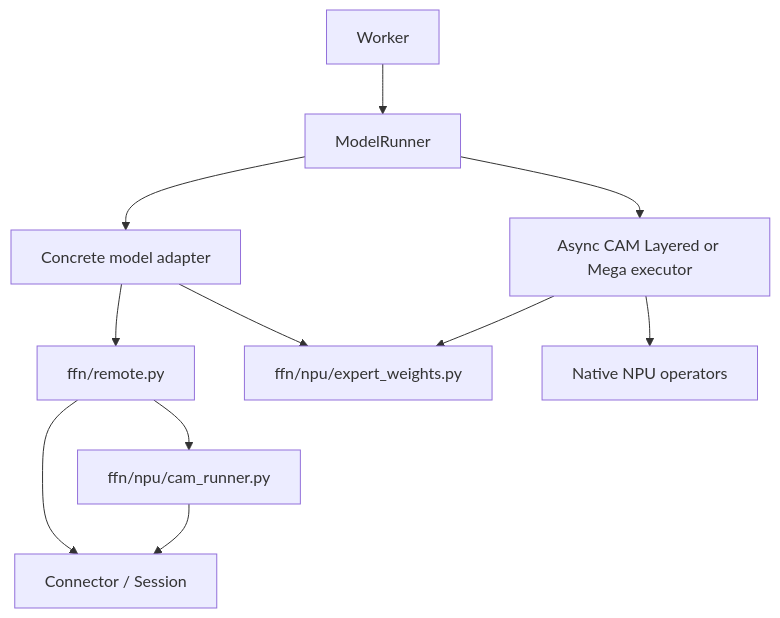
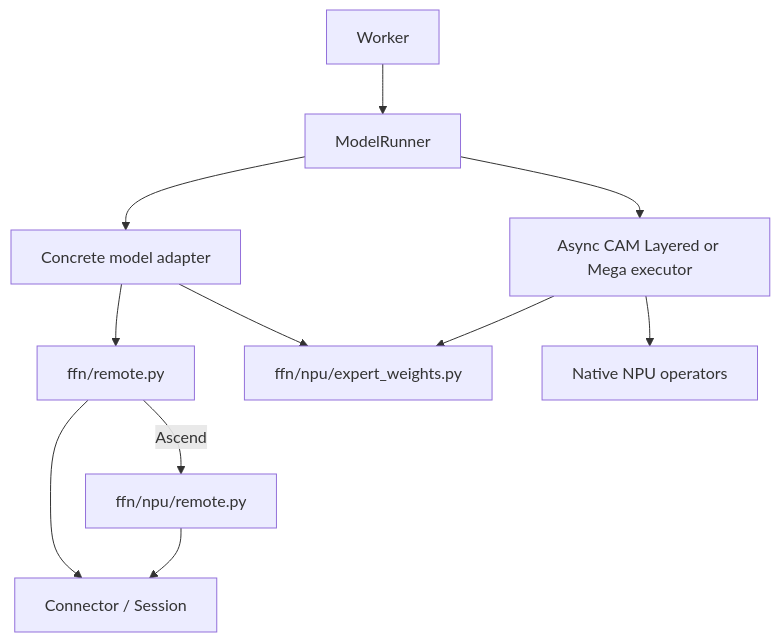
Before and after one commit to vllm-project/afd-plugin: the first of 2 diagrams in docs/design/module/model_integration.md, drawn with Mermaid. The commit also changed other lines of this file and 14 other files, not shown here.

````diff
--- a/docs/design/module/model_integration.md
+++ b/docs/design/module/model_integration.md
@@ -84,13 +85,13 @@
 ```mermaid
 flowchart TD
     Worker[Worker] --> Runner[ModelRunner]
     Runner --> Model[Concrete model adapter]
     Model --> Remote[ffn/remote.py]
     Remote --> Connector[Connector / Session]
-    Remote --> CAM[ffn/npu/cam_runner.py]
+    Remote -->|Ascend| CAM[ffn/npu/remote.py]
     CAM --> Connector
     Model --> Weights[ffn/npu/expert_weights.py]
     Runner --> Compute[Async CAM Layered or Mega executor]
     Compute --> Weights
     Compute --> Native[Native NPU operators]
 ```
````
